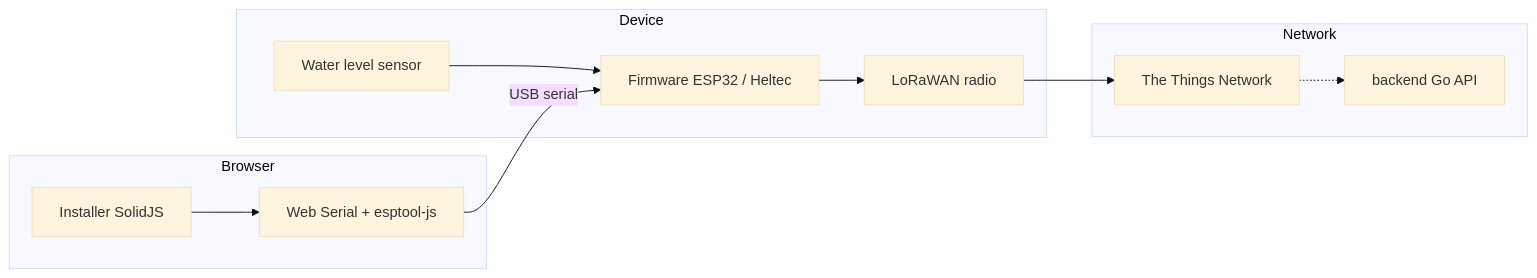
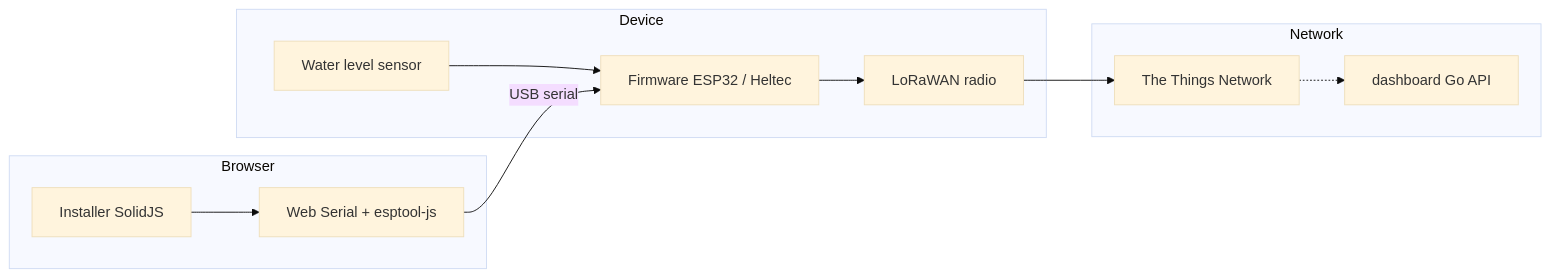
Before and after one commit to ttnleipzig/regenfass: the diagram in docs/Architecture.md, drawn with Mermaid (base theme). The commit also changed other lines of this file and 61 other files, not shown here.

First line of the commit message:
refactor: move backend to web/dashboard (#23)

````diff
--- a/docs/Architecture.md
+++ b/docs/Architecture.md
@@ -5,22 +5,22 @@
 ```mermaid
 flowchart LR
   subgraph device [Device]
     FW[Firmware ESP32 / Heltec]
     Sensor[Water level sensor]
     LoRa[LoRaWAN radio]
   end
   subgraph browser [Browser]
     Inst[Installer SolidJS]
     WS[Web Serial + esptool-js]
   end
   subgraph cloud [Network]
     TTN[The Things Network]
-    API[backend Go API]
+    API[dashboard Go API]
   end
   Sensor --> FW
   FW --> LoRa
   LoRa --> TTN
   Inst --> WS
   WS -->|USB serial| FW
   TTN -.-> API
 ```
````
